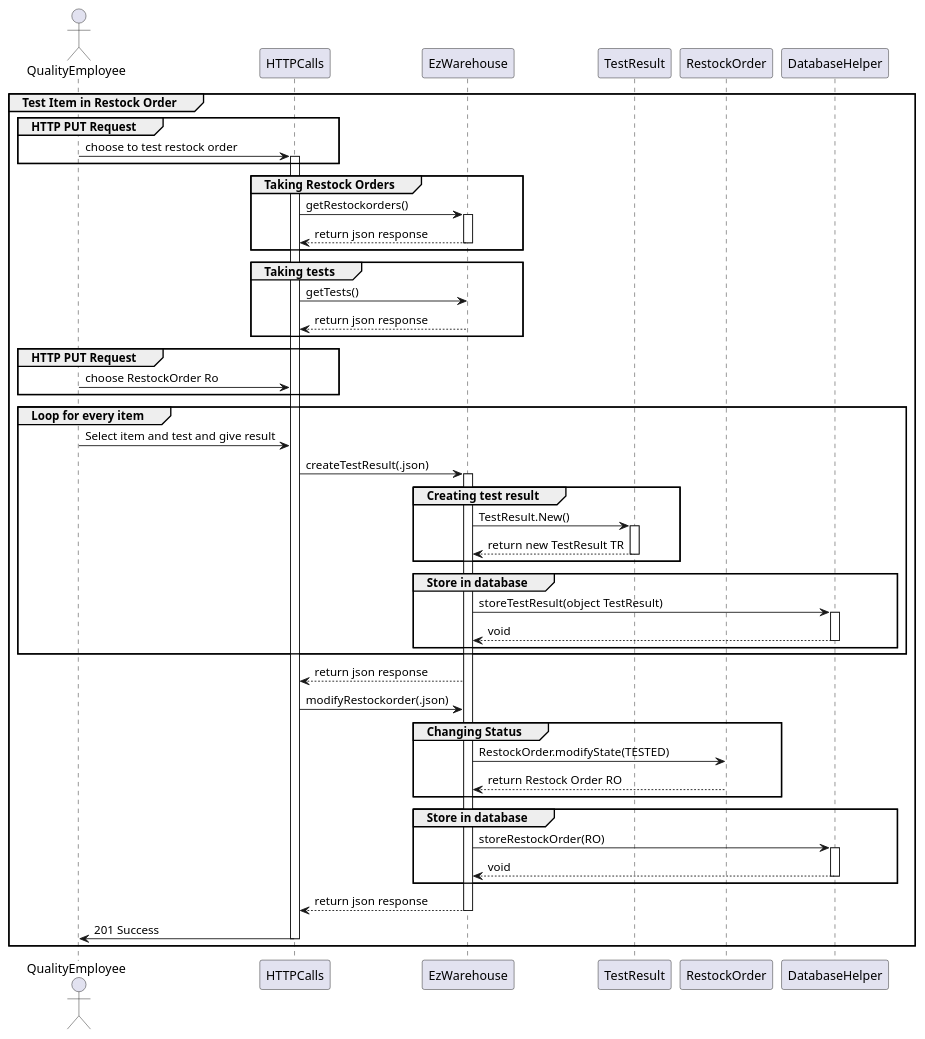
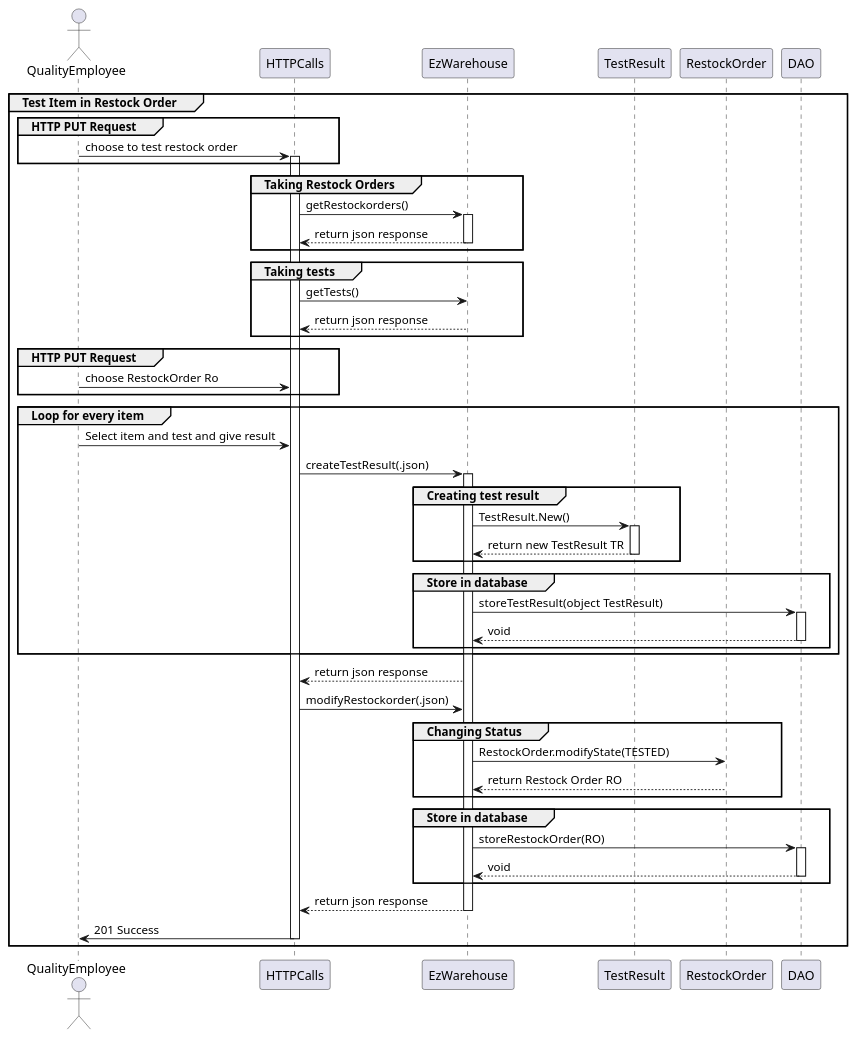
Before and after one commit to DavideArcolini/SoftEng_garbageCollector: diagram 11 of 19 in DESIGN PART/DesignDocument.md, drawn with PlantUML. The commit also changed other lines of this file, not shown here.

````diff
--- a/DESIGN PART/DesignDocument.md
+++ b/DESIGN PART/DesignDocument.md
@@ -733,72 +664,72 @@
 ```plantuml
 actor QualityEmployee 
 participant HTTPCalls
 participant EzWarehouse
 participant TestResult
 participant RestockOrder
-participant DatabaseHelper
+participant DAO
 
 group Test Item in Restock Order
 group HTTP PUT Request
 QualityEmployee->HTTPCalls: choose to test restock order
 activate HTTPCalls
 end
 
 group Taking Restock Orders
 HTTPCalls->EzWarehouse:   getRestockorders()
 activate EzWarehouse
 EzWarehouse-->HTTPCalls: return json response
 deactivate EzWarehouse
 end
 
 group Taking tests
 HTTPCalls->EzWarehouse: getTests()
 EzWarehouse-->HTTPCalls: return json response
 deactivate EzWarehouse
 end
 
 group HTTP PUT Request
 QualityEmployee->HTTPCalls: choose RestockOrder Ro
 end
 
 group Loop for every item
 QualityEmployee ->HTTPCalls: Select item and test and give result
 HTTPCalls->EzWarehouse: createTestResult(.json)
 activate EzWarehouse
 
 group Creating test result
 EzWarehouse->TestResult: TestResult.New()
 activate TestResult
 TestResult-->EzWarehouse: return new TestResult TR
 deactivate TestResult
 end
 
 group Store in database
-EzWarehouse->DatabaseHelper: storeTestResult(object TestResult)
-activate DatabaseHelper
-DatabaseHelper-->EzWarehouse: void
-deactivate DatabaseHelper
+EzWarehouse->DAO: storeTestResult(object TestResult)
+activate DAO
+DAO-->EzWarehouse: void
+deactivate DAO
 end
 end
 
 EzWarehouse-->HTTPCalls: return json response
 HTTPCalls->EzWarehouse: modifyRestockorder(.json)
 
 group Changing Status
 EzWarehouse->RestockOrder: RestockOrder.modifyState(TESTED)
 RestockOrder-->EzWarehouse: return Restock Order RO
 end
 
 group Store in database
-EzWarehouse->DatabaseHelper: storeRestockOrder(RO)
-activate DatabaseHelper
-DatabaseHelper-->EzWarehouse: void
-deactivate DatabaseHelper
+EzWarehouse->DAO: storeRestockOrder(RO)
+activate DAO
+DAO-->EzWarehouse: void
+deactivate DAO
 end
 
 EzWarehouse-->HTTPCalls: return json response
 deactivate EzWarehouse
 HTTPCalls->QualityEmployee : 201 Success
 deactivate HTTPCalls
 end
 ```
````
